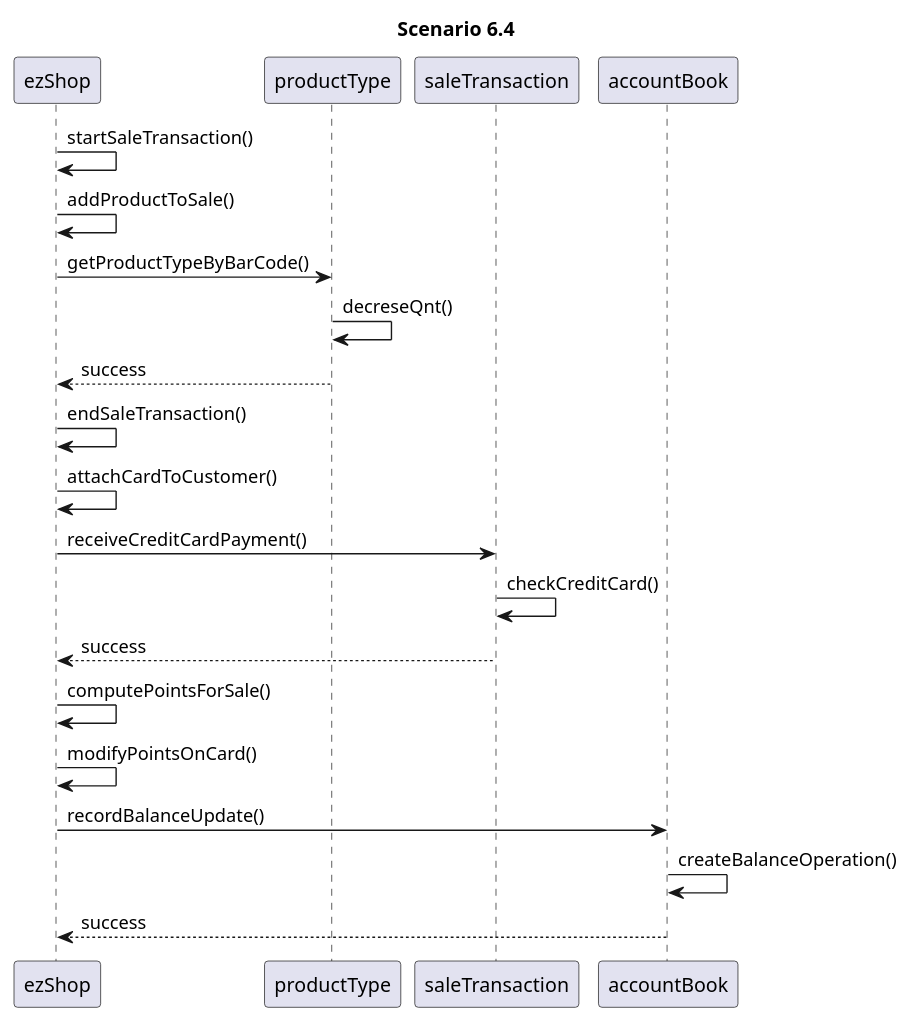
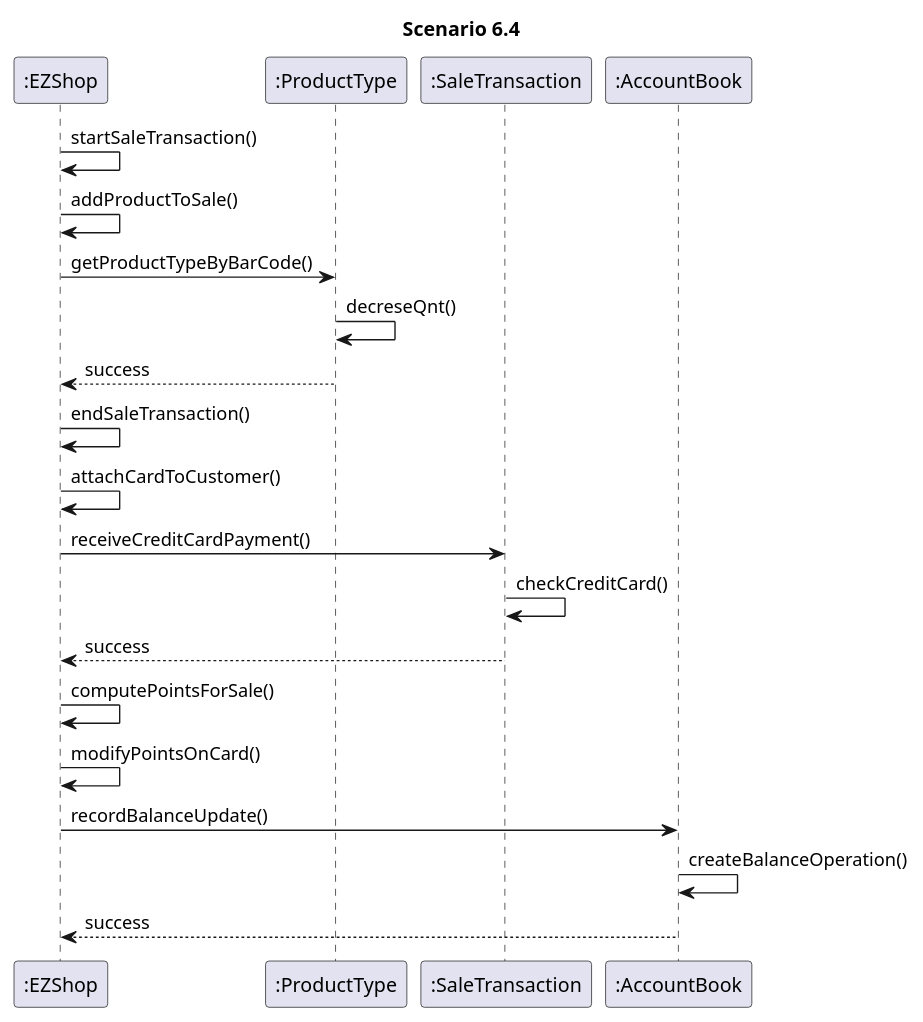
One commit to marco-ballario/EzShop changed the ninth of 10 diagrams in Deliverables/DesignDocument.md. Above: the diagram before and after it, drawn with PlantUML. The commit also changed other lines of this file, not shown here.

````diff
--- a/Deliverables/DesignDocument.md
+++ b/Deliverables/DesignDocument.md
@@ -333,18 +333,18 @@
 ```plantuml
 title Scenario 6.4
-ezShop -> ezShop : startSaleTransaction()
-ezShop -> ezShop : addProductToSale()
-ezShop -> productType : getProductTypeByBarCode()
-productType -> productType : decreseQnt()
-productType --> ezShop : success
-ezShop -> ezShop : endSaleTransaction()
-ezShop -> ezShop : attachCardToCustomer()
-ezShop -> saleTransaction : receiveCreditCardPayment()
-saleTransaction -> saleTransaction : checkCreditCard()
-saleTransaction --> ezShop : success
-ezShop -> ezShop : computePointsForSale()
-ezShop -> ezShop : modifyPointsOnCard()
-ezShop -> accountBook : recordBalanceUpdate()
-accountBook -> accountBook : createBalanceOperation()
-accountBook --> ezShop : success
+":EZShop" -> ":EZShop" : startSaleTransaction()
+":EZShop" -> ":EZShop" : addProductToSale()
+":EZShop" -> ":ProductType" : getProductTypeByBarCode()
+":ProductType" -> ":ProductType" : decreseQnt()
+":ProductType" --> ":EZShop" : success
+":EZShop" -> ":EZShop" : endSaleTransaction()
+":EZShop" -> ":EZShop" : attachCardToCustomer()
+":EZShop" -> ":SaleTransaction" : receiveCreditCardPayment()
+":SaleTransaction" -> ":SaleTransaction" : checkCreditCard()
+":SaleTransaction" --> ":EZShop" : success
+":EZShop" -> ":EZShop" : computePointsForSale()
+":EZShop" -> ":EZShop" : modifyPointsOnCard()
+":EZShop" -> ":AccountBook" : recordBalanceUpdate()
+":AccountBook" -> ":AccountBook" : createBalanceOperation()
+":AccountBook" --> ":EZShop" : success
 ```
````
